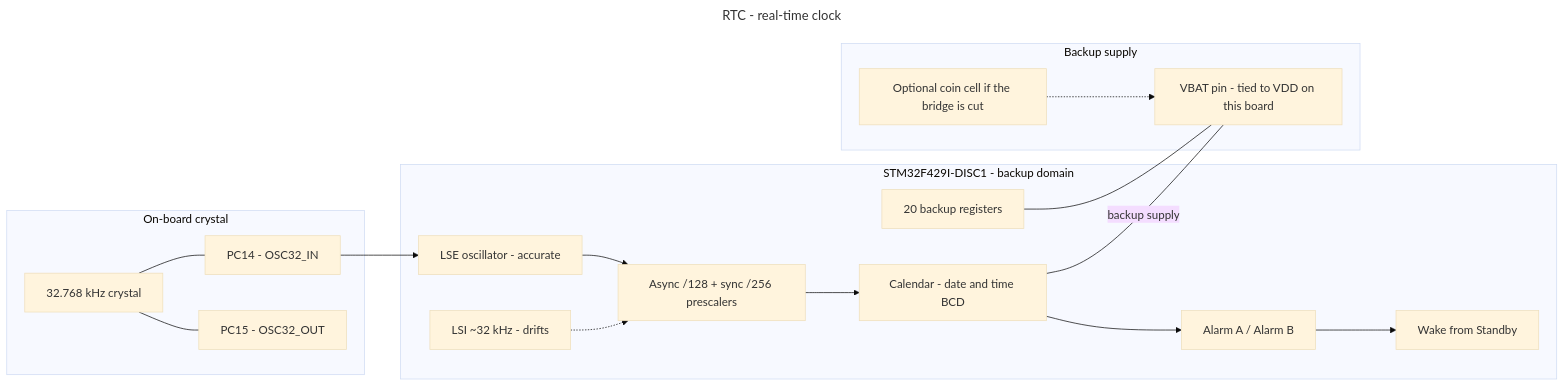
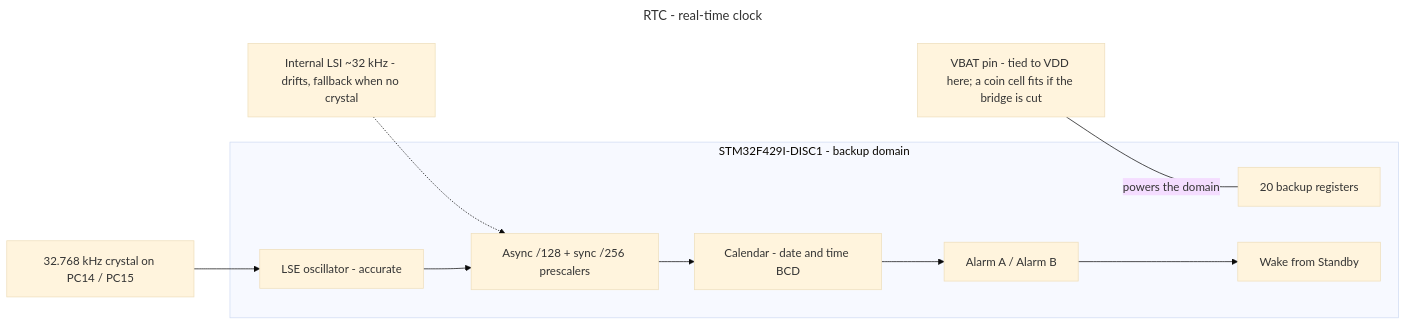
The diagram in Sensor_Cons/Peripherals/RTC/rtc_wiring.mmd (Ekpenyong-Esu/BareMetalMCU2), drawn with Mermaid (base theme) before and after one commit. The commit also changed 13 other files, not shown here.

Commit message:
Rank the remaining wiring diagrams into a single row

```diff
--- a/Sensor_Cons/Peripherals/RTC/rtc_wiring.mmd
+++ b/Sensor_Cons/Peripherals/RTC/rtc_wiring.mmd
@@ -1,41 +1,29 @@
 ---
 title: RTC - real-time clock
 ---
 %% ON-CHIP ONLY. No signal pins to wire.
 %% The 32.768 kHz crystal on PC14/PC15 is already fitted on the DISC1.
 %% VBAT is tied to VDD on this board unless you cut the solder bridge, so the
 %% clock and the backup registers do NOT survive a power cut as shipped.
 %% Choose LSE for real timekeeping; LSI drifts far too much for a clock.
 flowchart LR
-    subgraph XTAL["On-board crystal"]
-        OSCIN["PC14 - OSC32_IN"]
-        OSCOUT["PC15 - OSC32_OUT"]
-        Q["32.768 kHz crystal"]
-    end
+    XTAL["32.768 kHz crystal on PC14 / PC15"]
+    LSI["Internal LSI ~32 kHz - drifts, fallback when no crystal"]
+    VBAT["VBAT pin - tied to VDD here; a coin cell fits if the bridge is cut"]
 
     subgraph MCU["STM32F429I-DISC1 - backup domain"]
         LSE["LSE oscillator - accurate"]
-        LSI["LSI ~32 kHz - drifts"]
         PRE["Async /128 + sync /256 prescalers"]
         CAL["Calendar - date and time BCD"]
         ALRM["Alarm A / Alarm B"]
         BKPR["20 backup registers"]
         WK["Wake from Standby"]
     end
 
-    subgraph PWRIN["Backup supply"]
-        VBAT["VBAT pin - tied to VDD on this board"]
-        COIN["Optional coin cell if the bridge is cut"]
-    end
-
-    Q --- OSCIN
-    Q --- OSCOUT
-    OSCIN --> LSE
+    XTAL --> LSE
+    LSI -.-> PRE
+    VBAT ---|"powers the domain"| BKPR
     LSE --> PRE
-    LSI -.-> PRE
     PRE --> CAL
     CAL --> ALRM
     ALRM --> WK
-    BKPR --- VBAT
-    CAL ---|"backup supply"| VBAT
-    COIN -.-> VBAT
```
